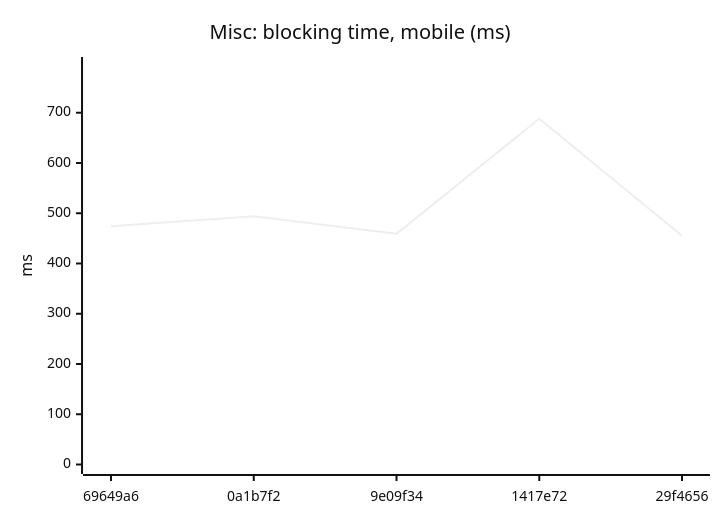
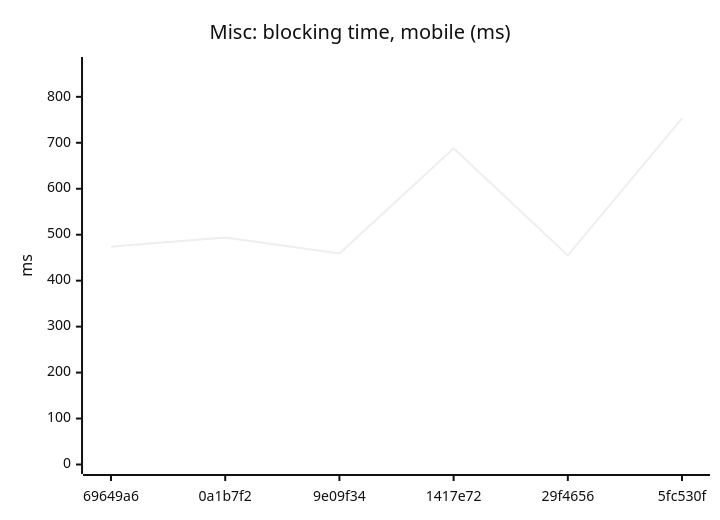
One commit to AxelUser/maltsev.space changed the eighth of 18 diagrams in README.md. Above: the diagram before and after it, drawn with Mermaid (neutral theme). The commit also changed other lines of this file and 1 other file, not shown here.

````diff
--- a/README.md
+++ b/README.md
@@ -97,7 +97,7 @@
 ```mermaid
 xychart-beta
   title "Misc: blocking time, mobile (ms)"
-  x-axis ["69649a6", "0a1b7f2", "9e09f34", "1417e72", "29f4656"]
-  y-axis "ms" 0 --> 792
-  line [474, 494, 459, 688, 455]
+  x-axis ["69649a6", "0a1b7f2", "9e09f34", "1417e72", "29f4656", "5fc530f"]
+  y-axis "ms" 0 --> 866
+  line [474, 494, 459, 688, 455, 753]
 ```
````
